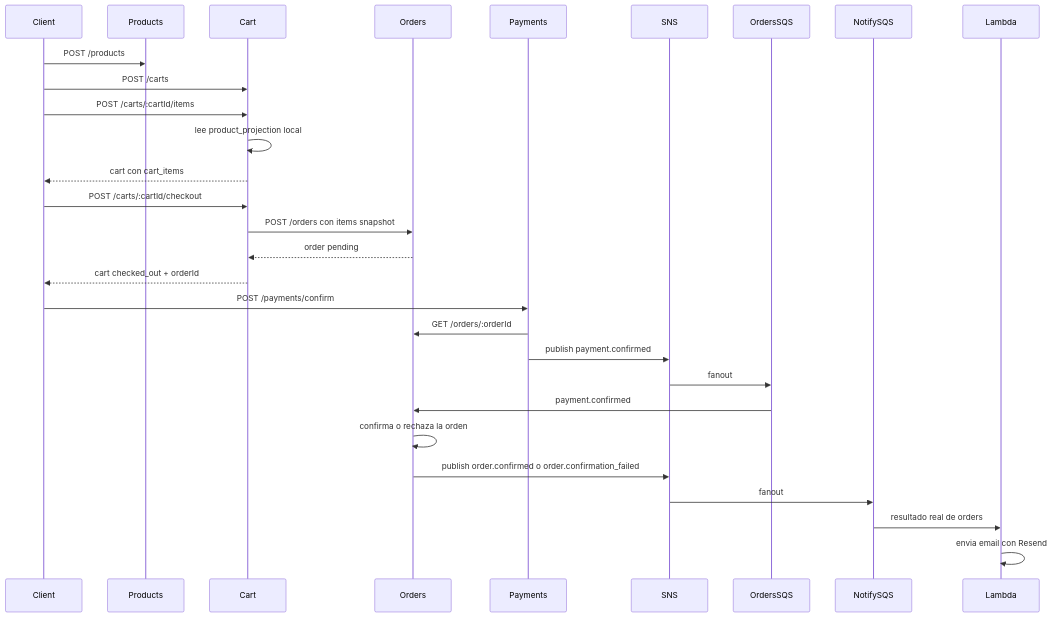
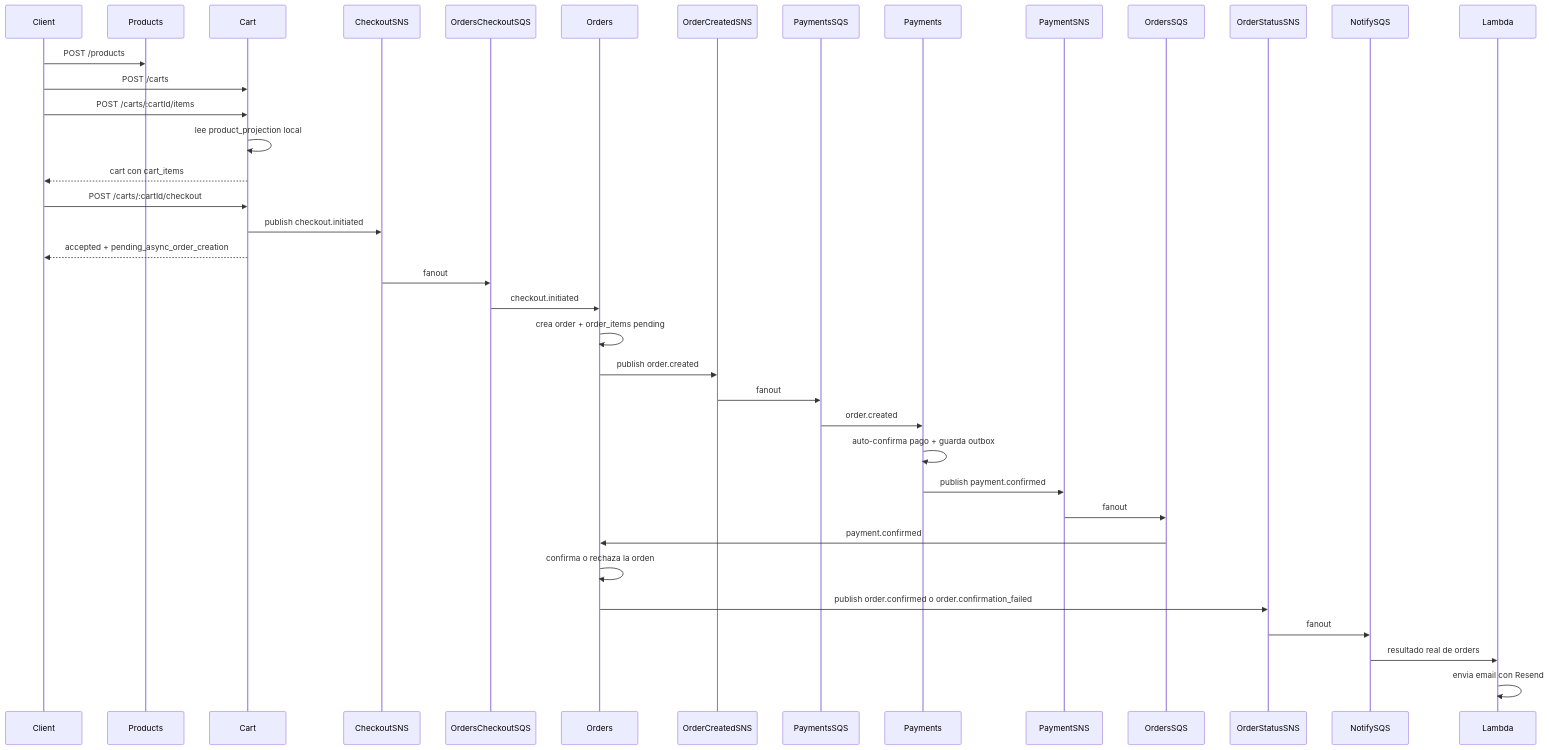
The third of 3 diagrams in docs/marketplace-simple-flow.md (dani-pereira-dev/microservice-sns-sqs), drawn with Mermaid before and after one commit. The commit also changed other lines of this file, not shown here.

Commit message:
feat: update doc flow

````diff
--- a/docs/marketplace-simple-flow.md
+++ b/docs/marketplace-simple-flow.md
@@ -135,34 +146,42 @@
 ```mermaid
 sequenceDiagram
   participant Client
   participant Products
   participant Cart
+  participant CheckoutSNS
+  participant OrdersCheckoutSQS
   participant Orders
+  participant OrderCreatedSNS
+  participant PaymentsSQS
   participant Payments
-  participant SNS
+  participant PaymentSNS
   participant OrdersSQS
+  participant OrderStatusSNS
   participant NotifySQS
   participant Lambda
 
   Client->>Products: POST /products
   Client->>Cart: POST /carts
   Client->>Cart: POST /carts/:cartId/items
   Cart->>Cart: lee product_projection local
   Cart-->>Client: cart con cart_items
 
   Client->>Cart: POST /carts/:cartId/checkout
-  Cart->>Orders: POST /orders con items snapshot
-  Orders-->>Cart: order pending
-  Cart-->>Client: cart checked_out + orderId
-
-  Client->>Payments: POST /payments/confirm
-  Payments->>Orders: GET /orders/:orderId
-  Payments->>SNS: publish payment.confirmed
-  SNS->>OrdersSQS: fanout
+  Cart->>CheckoutSNS: publish checkout.initiated
+  Cart-->>Client: accepted + pending_async_order_creation
+  CheckoutSNS->>OrdersCheckoutSQS: fanout
+  OrdersCheckoutSQS->>Orders: checkout.initiated
+  Orders->>Orders: crea order + order_items pending
+  Orders->>OrderCreatedSNS: publish order.created
+  OrderCreatedSNS->>PaymentsSQS: fanout
+  PaymentsSQS->>Payments: order.created
+  Payments->>Payments: auto-confirma pago + guarda outbox
+  Payments->>PaymentSNS: publish payment.confirmed
+  PaymentSNS->>OrdersSQS: fanout
   OrdersSQS->>Orders: payment.confirmed
   Orders->>Orders: confirma o rechaza la orden
-  Orders->>SNS: publish order.confirmed o order.confirmation_failed
-  SNS->>NotifySQS: fanout
+  Orders->>OrderStatusSNS: publish order.confirmed o order.confirmation_failed
+  OrderStatusSNS->>NotifySQS: fanout
   NotifySQS->>Lambda: resultado real de orders
   Lambda->>Lambda: envia email con Resend
 ```
````
